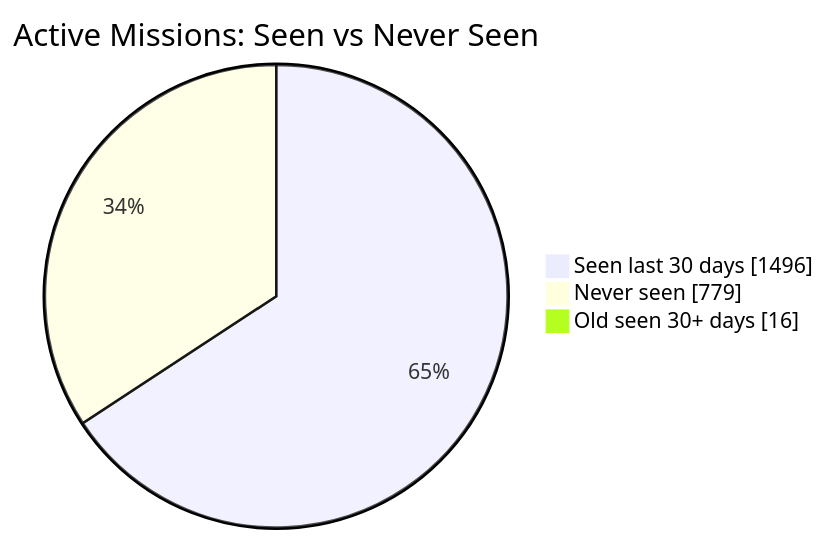
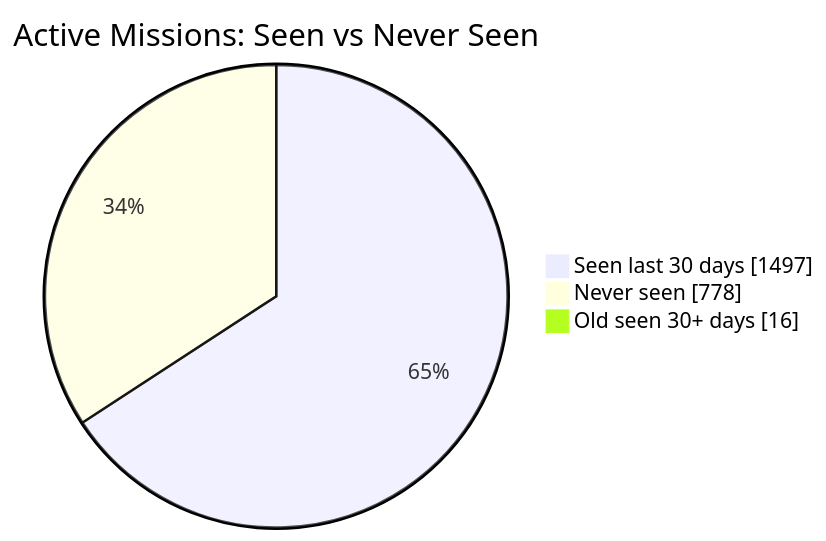
Before and after one commit to MeldkamerspelGameTeam/active-missions: the first of 2 diagrams in README.md, drawn with Mermaid. The commit also changed other lines of this file and 3 other files, not shown here.

````diff
--- a/README.md
+++ b/README.md
@@ -34,7 +34,7 @@
 ```mermaid
 pie showData
     title Active Missions: Seen vs Never Seen
-    "Seen last 30 days" : 1496
-    "Never seen" : 779
+    "Seen last 30 days" : 1497
+    "Never seen" : 778
     "Old seen 30+ days" : 16
 ```
````
